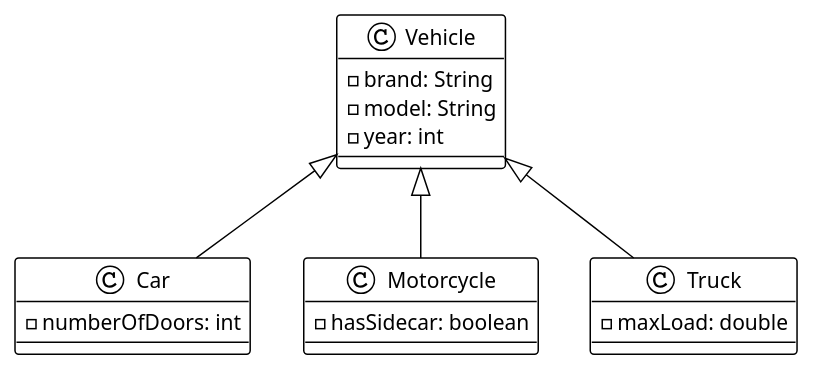
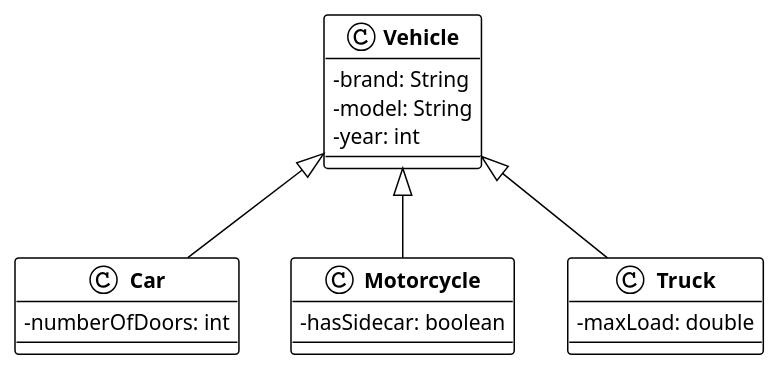
One commit to heig-vd-progim-course/heig-vd-progim2-course changed the diagram in 01-contenus-du-cours/05-programmation-orientee-objet-encapsulation-et-heritage/images/vehicles-with-inheritance.puml. Above: the diagram before and after it, drawn with PlantUML. The commit also changed 89 other files, not shown here.

Commit message:
Enhance UML diagrams for vehicles without inheritance

```diff
--- a/01-contenus-du-cours/05-programmation-orientee-objet-encapsulation-et-heritage/images/vehicles-with-inheritance.puml
+++ b/01-contenus-du-cours/05-programmation-orientee-objet-encapsulation-et-heritage/images/vehicles-with-inheritance.puml
@@ -1,26 +1,31 @@
-@startuml
+@startuml vehicles-with-inheritance
 !theme plain
+
+skinparam classAttributeIconSize 0
+skinparam classFontStyle bold
 
 class Vehicle {
   - brand: String
   - model: String
   - year: int
 }
 
 class Car {
   - numberOfDoors: int
 }
 
 class Motorcycle {
   - hasSidecar: boolean
 }
 
 class Truck {
   - maxLoad: double
 }
 
 Vehicle <|-- Car
 Vehicle <|-- Motorcycle
 Vehicle <|-- Truck
 
+
+
 @enduml
```
